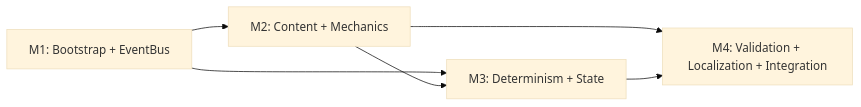
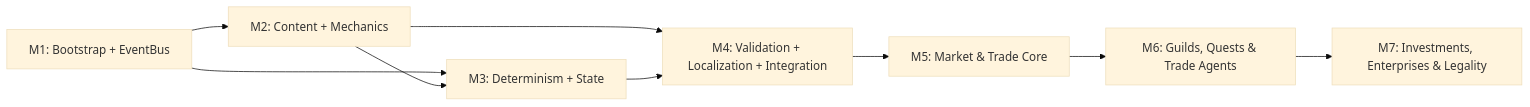
One commit to delanewertisfh1580/last-age-of-wonders changed the diagram in .workflow/ticket/TICKETS-OVERVIEW v1.0 — «Каталог тикетов Wave 0 (walking skeleton)».md. Above: the diagram before and after it, drawn with Mermaid (base theme). The commit also changed other lines of this file and 33 other files, not shown here.

````diff
--- a/.workflow/ticket/TICKETS-OVERVIEW v1.0 — «Каталог тикетов Wave 0 (walking skeleton)».md
+++ b/.workflow/ticket/TICKETS-OVERVIEW v1.0 — «Каталог тикетов Wave 0 (walking skeleton)».md
@@ -194,8 +194,11 @@
 ```mermaid
 graph LR
   M1[M1: Bootstrap + EventBus] --> M2[M2: Content + Mechanics]
   M1 --> M3[M3: Determinism + State]
   M2 --> M3
   M2 --> M4[M4: Validation + Localization + Integration]
   M3 --> M4
+  M4 --> M5[M5: Market & Trade Core]
+  M5 --> M6[M6: Guilds, Quests & Trade Agents]
+  M6 --> M7[M7: Investments, Enterprises & Legality]
 ```
````
